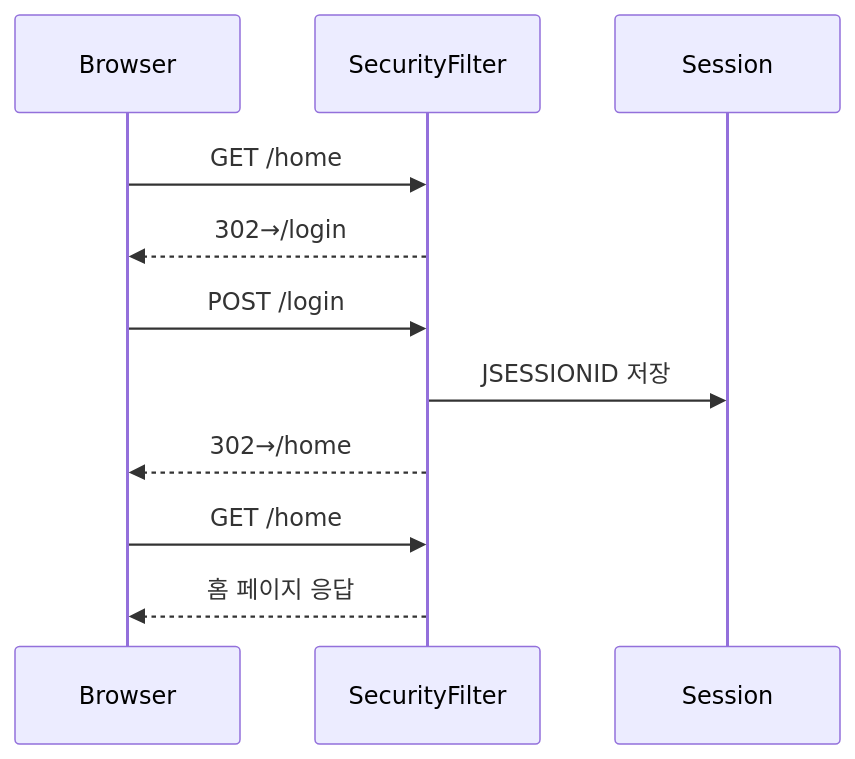
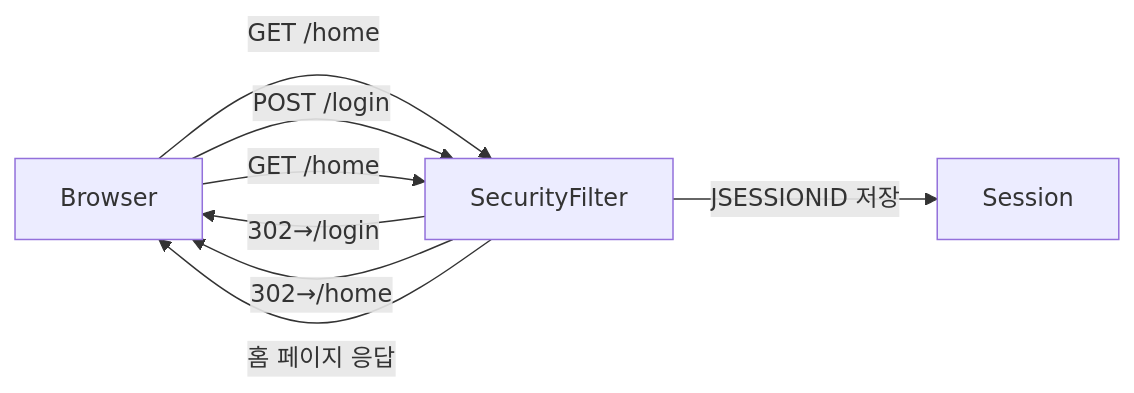
Before and after one commit to yjkim2015/yjkim2015.github.io: the first of 2 diagrams in _posts/security/2021-01-14-Form 인증 방식.md, drawn with Mermaid. The commit also changed 32 other files, not shown here.

First line of the commit message:
sequenceDiagram 82개 → graph LR 변환 완료

````diff
--- a/_posts/security/2021-01-14-Form 인증 방식.md
+++ b/_posts/security/2021-01-14-Form 인증 방식.md
@@ -20,13 +20,10 @@
 ```mermaid
-sequenceDiagram
-    participant B as Browser
-    participant F as SecurityFilter
-    participant S as Session
-    B->>F: GET /home
-    F-->>B: 302→/login
-    B->>F: POST /login
-    F->>S: JSESSIONID 저장
-    F-->>B: 302→/home
-    B->>F: GET /home
-    F-->>B: 홈 페이지 응답
+graph LR
+    B["Browser"] -->|"GET /home"| F["SecurityFilter"]
+    F -->|"302→/login"| B
+    B -->|"POST /login"| F
+    F -->|"JSESSIONID 저장"| S["Session"]
+    F -->|"302→/home"| B
+    B -->|"GET /home"| F
+    F -->|"홈 페이지 응답"| B
 ```
````
